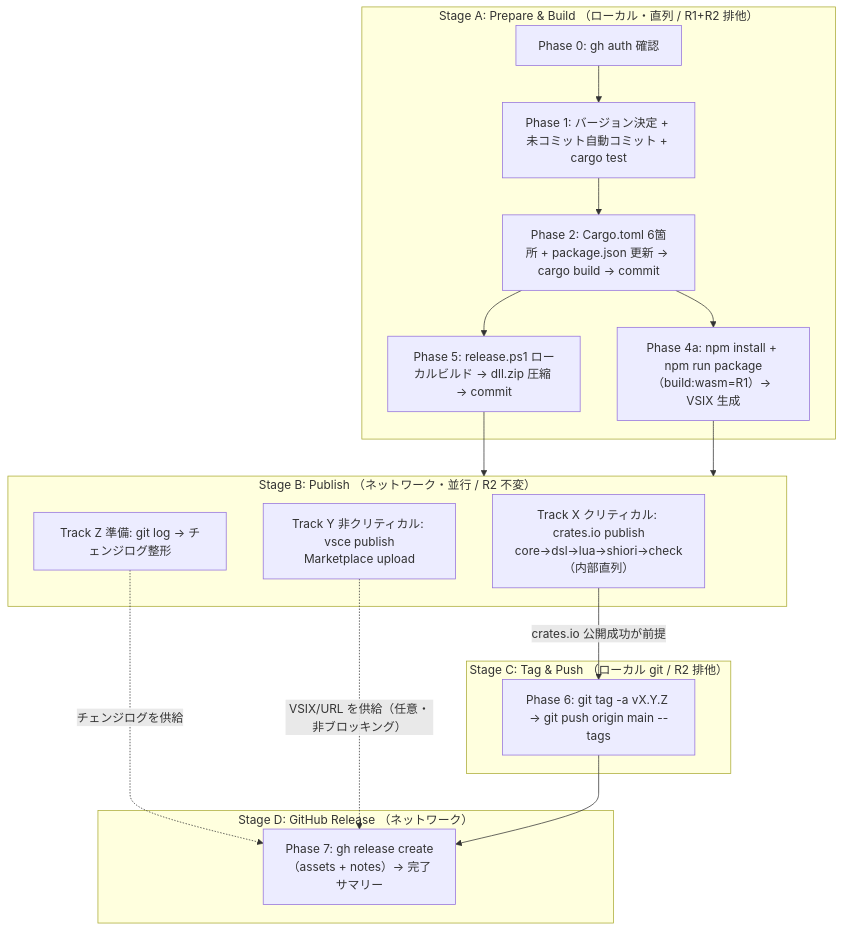
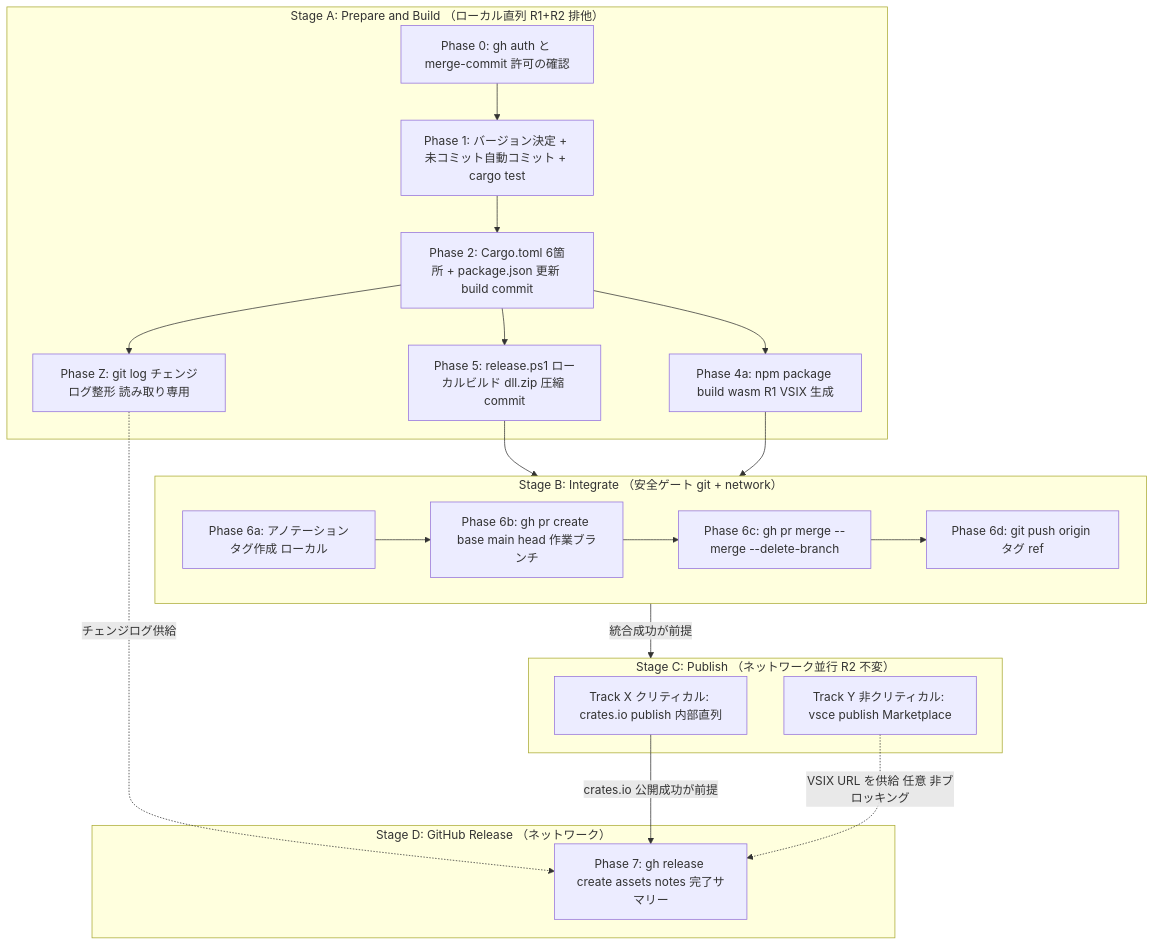
One commit to ekicyou/pasta changed the first of 3 diagrams in .kiro/specs/release-workflow/design.md. Above: the diagram before and after it, drawn with Mermaid. The commit also changed other lines of this file and 2 other files, not shown here.

Commit message:
docs(release-workflow): redesign for worktree + PR-merge integration (4-stage, integrate-before-publish)

````diff
--- a/.kiro/specs/release-workflow/design.md
+++ b/.kiro/specs/release-workflow/design.md
@@ -110,34 +117,39 @@
 ```mermaid
 graph TB
-    subgraph StageA ["Stage A: Prepare & Build （ローカル・直列 / R1+R2 排他）"]
-        A0[Phase 0: gh auth 確認]
+    subgraph StageA ["Stage A: Prepare and Build （ローカル直列 R1+R2 排他）"]
+        A0[Phase 0: gh auth と merge-commit 許可の確認]
         A1[Phase 1: バージョン決定 + 未コミット自動コミット + cargo test]
-        A2[Phase 2: Cargo.toml 6箇所 + package.json 更新 → cargo build → commit]
-        A3[Phase 5: release.ps1 ローカルビルド → dll.zip 圧縮 → commit]
-        A4[Phase 4a: npm install + npm run package（build:wasm=R1）→ VSIX 生成]
+        A2[Phase 2: Cargo.toml 6箇所 + package.json 更新 build commit]
+        A3[Phase 5: release.ps1 ローカルビルド dll.zip 圧縮 commit]
+        A4[Phase 4a: npm package build wasm R1 VSIX 生成]
+        AZ[Phase Z: git log チェンジログ整形 読み取り専用]
         A0 --> A1 --> A2
         A2 --> A3
         A2 --> A4
+        A2 --> AZ
     end
 
-    subgraph StageB ["Stage B: Publish （ネットワーク・並行 / R2 不変）"]
-        BX[Track X クリティカル: crates.io publish<br/>core→dsl→lua→shiori→check（内部直列）]
-        BY[Track Y 非クリティカル: vsce publish<br/>Marketplace upload]
-        BZ[Track Z 準備: git log → チェンジログ整形]
+    subgraph StageB ["Stage B: Integrate （安全ゲート git + network）"]
+        B1[Phase 6a: アノテーションタグ作成 ローカル]
+        B2[Phase 6b: gh pr create base main head 作業ブランチ]
+        B3[Phase 6c: gh pr merge --merge --delete-branch]
+        B4[Phase 6d: git push origin タグ ref]
+        B1 --> B2 --> B3 --> B4
     end
 
-    subgraph StageC ["Stage C: Tag & Push （ローカル git / R2 排他）"]
-        C1[Phase 6: git tag -a vX.Y.Z → git push origin main --tags]
+    subgraph StageC ["Stage C: Publish （ネットワーク並行 R2 不変）"]
+        CX[Track X クリティカル: crates.io publish 内部直列]
+        CY[Track Y 非クリティカル: vsce publish Marketplace]
     end
 
     subgraph StageD ["Stage D: GitHub Release （ネットワーク）"]
-        D1[Phase 7: gh release create（assets + notes）→ 完了サマリー]
+        D1[Phase 7: gh release create assets notes 完了サマリー]
     end
 
     A3 --> StageB
     A4 --> StageB
-    BX -->|crates.io 公開成功が前提| C1
-    BZ -.->|チェンジログを供給| D1
-    BY -.->|VSIX/URL を供給（任意・非ブロッキング）| D1
-    C1 --> D1
+    AZ -.->|チェンジログ供給| D1
+    StageB -->|統合成功が前提| StageC
+    CX -->|crates.io 公開成功が前提| D1
+    CY -.->|VSIX URL を供給 任意 非ブロッキング| D1
 ```
````
